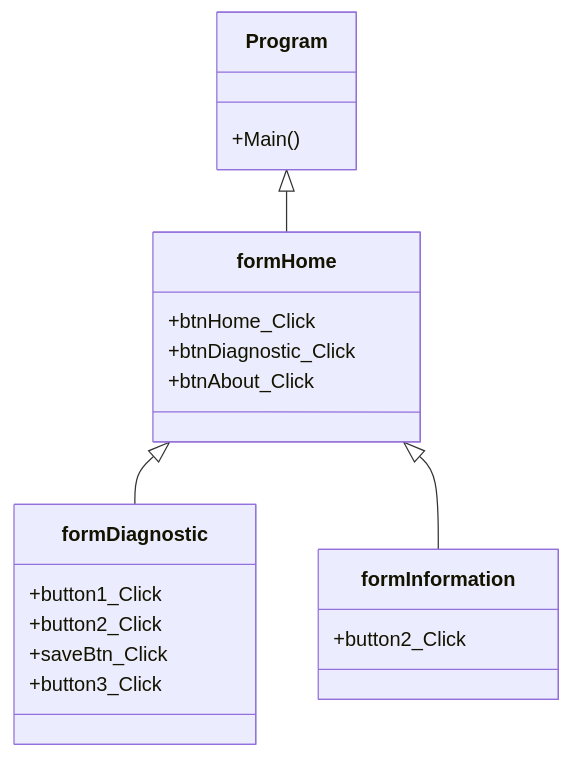
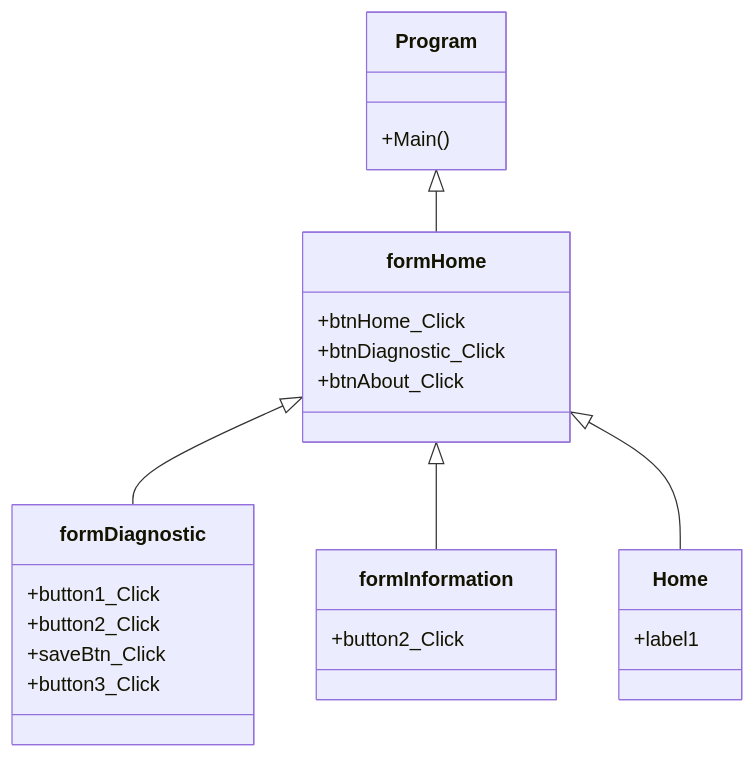
The diagram in README.md (PitchakornSKT/Project_001), drawn with Mermaid before and after one commit.

````diff
--- a/README.md
+++ b/README.md
@@ -12,26 +12,32 @@
 ```mermaid
 classDiagram
     Program <|-- formHome
     formHome <|-- formDiagnostic
     formHome <|-- formInformation
+    formHome <|-- Home
 
     Program : +Main()
 
     class formHome{
         +btnHome_Click
         +btnDiagnostic_Click
         +btnAbout_Click
     }
 
     class formDiagnostic{
         +button1_Click
         +button2_Click
         +saveBtn_Click
         +button3_Click
     }
 
     class formInformation{
         +button2_Click
     }
+    
+    class Home{
+        +label1
+    }
+    
 
 ```
````
